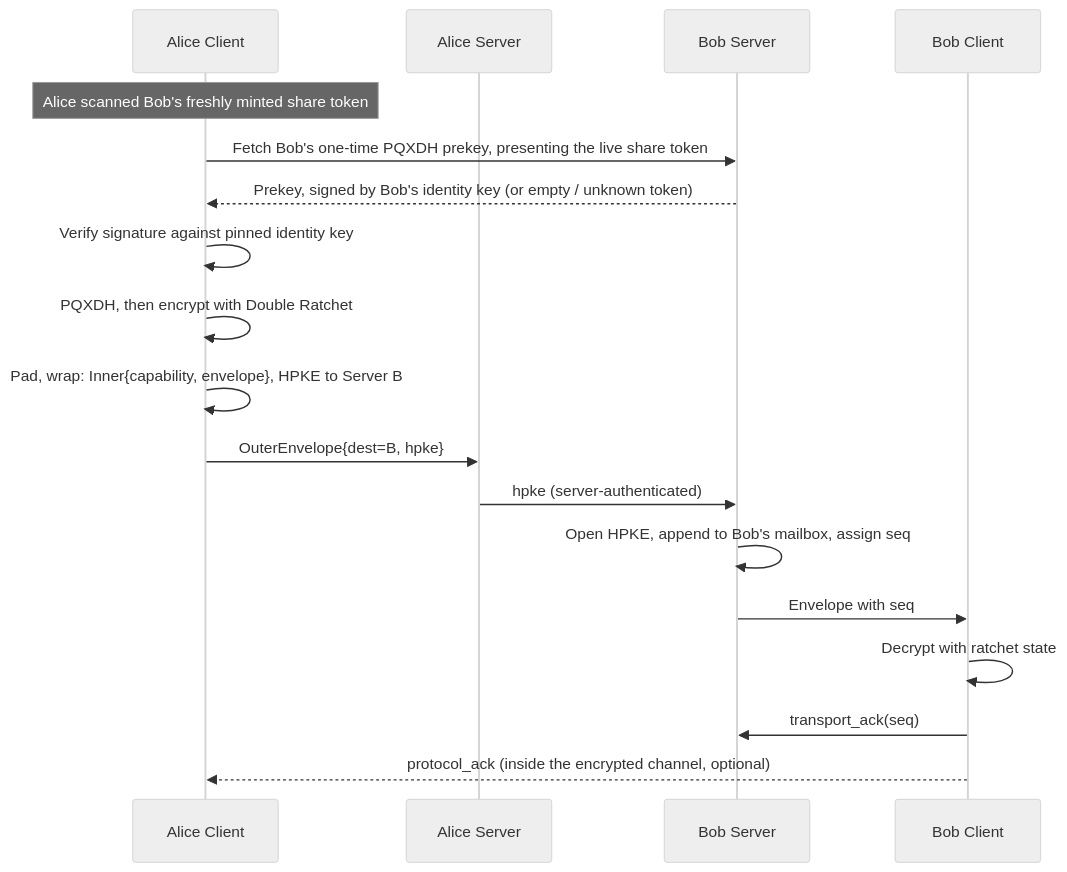
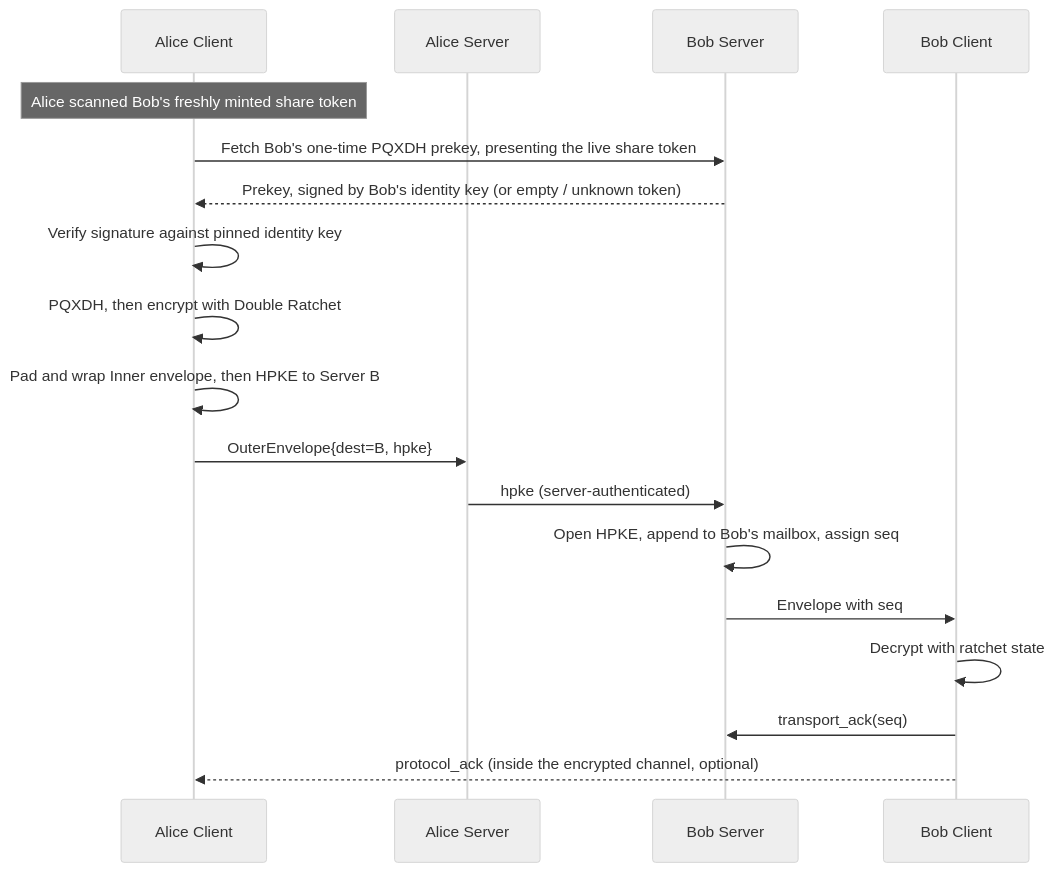
The second of 7 diagrams in README.md (martinmkhitaryan/nemo-messenger), drawn with Mermaid (neutral theme) before and after one commit. The commit also changed other lines of this file, not shown here.

````diff
--- a/README.md
+++ b/README.md
@@ -2461,25 +2460,25 @@
 ```mermaid
 sequenceDiagram
     participant A as Alice Client
     participant SA as Alice Server
     participant SB as Bob Server
     participant B as Bob Client
 
     Note over A: Alice scanned Bob's freshly minted share token
 
     A->>SB: Fetch Bob's one-time PQXDH prekey, presenting the live share token
     SB-->>A: Prekey, signed by Bob's identity key (or empty / unknown token)
 
     A->>A: Verify signature against pinned identity key
     A->>A: PQXDH, then encrypt with Double Ratchet
-    A->>A: Pad, wrap: Inner{capability, envelope}, HPKE to Server B
+    A->>A: Pad and wrap Inner envelope, then HPKE to Server B
 
     A->>SA: OuterEnvelope{dest=B, hpke}
     SA->>SB: hpke (server-authenticated)
     SB->>SB: Open HPKE, append to Bob's mailbox, assign seq
     SB->>B: Envelope with seq
 
     B->>B: Decrypt with ratchet state
     B->>SB: transport_ack(seq)
     B-->>A: protocol_ack (inside the encrypted channel, optional)
 ```
````
